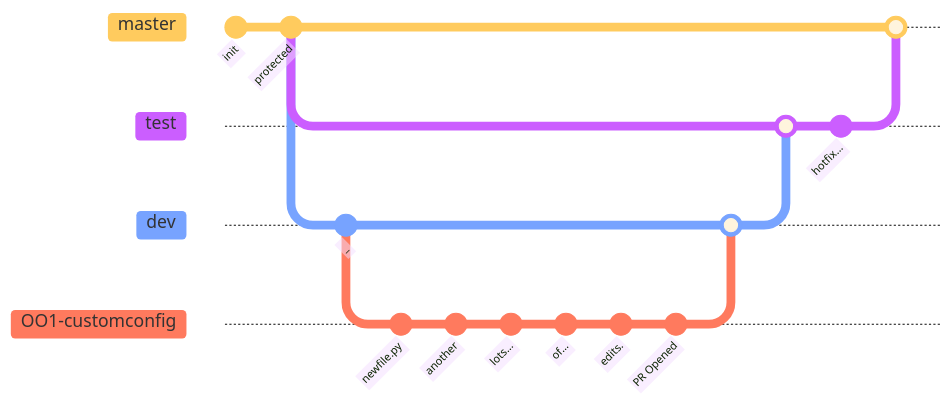
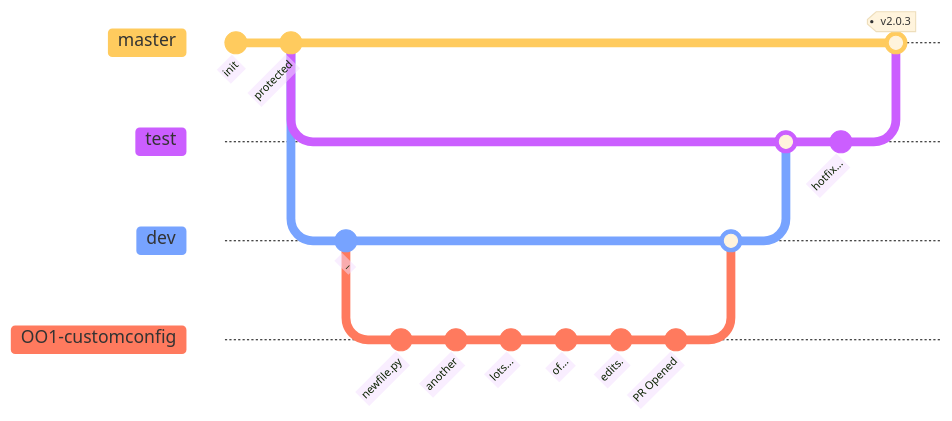
One commit to gzt5142/gzt5142 changed the seventh of 8 diagrams in GitFlow.md. Above: the diagram before and after it, drawn with Mermaid. The commit also changed other lines of this file, not shown here.

````diff
--- a/GitFlow.md
+++ b/GitFlow.md
@@ -249,25 +249,25 @@
 ```mermaid
 %%{init: {  'theme': 'base', "gitGraph": {"rotateCommitLabel": true, "mainBranchName": "master"}} }%%
 gitGraph
   commit id: "init"
   commit id: "protected"
   branch test
   branch dev
   checkout dev
   commit id: "_"
   branch OO1-customconfig
   checkout OO1-customconfig
   commit id: "newfile.py"
   commit id: "another"
   commit id: "lots..."
   commit id: "of..."
   commit id: "edits."
   commit id: "PR Opened"
   checkout dev
   merge OO1-customconfig
   checkout test
   merge dev
   commit id: "hotfix..."
   checkout master
-  merge test
+  merge test tag:"v2.0.3"
 ```
````
